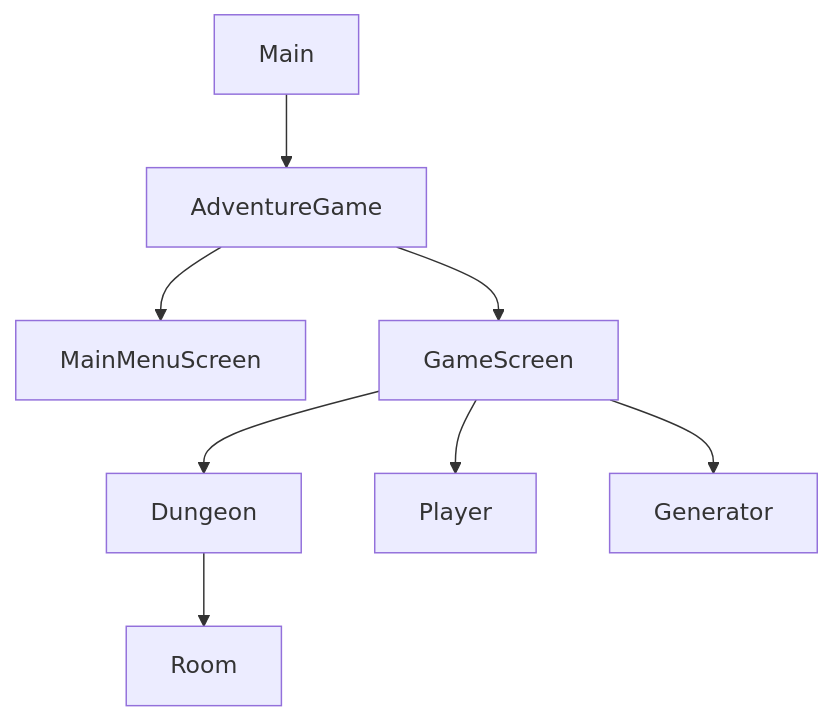
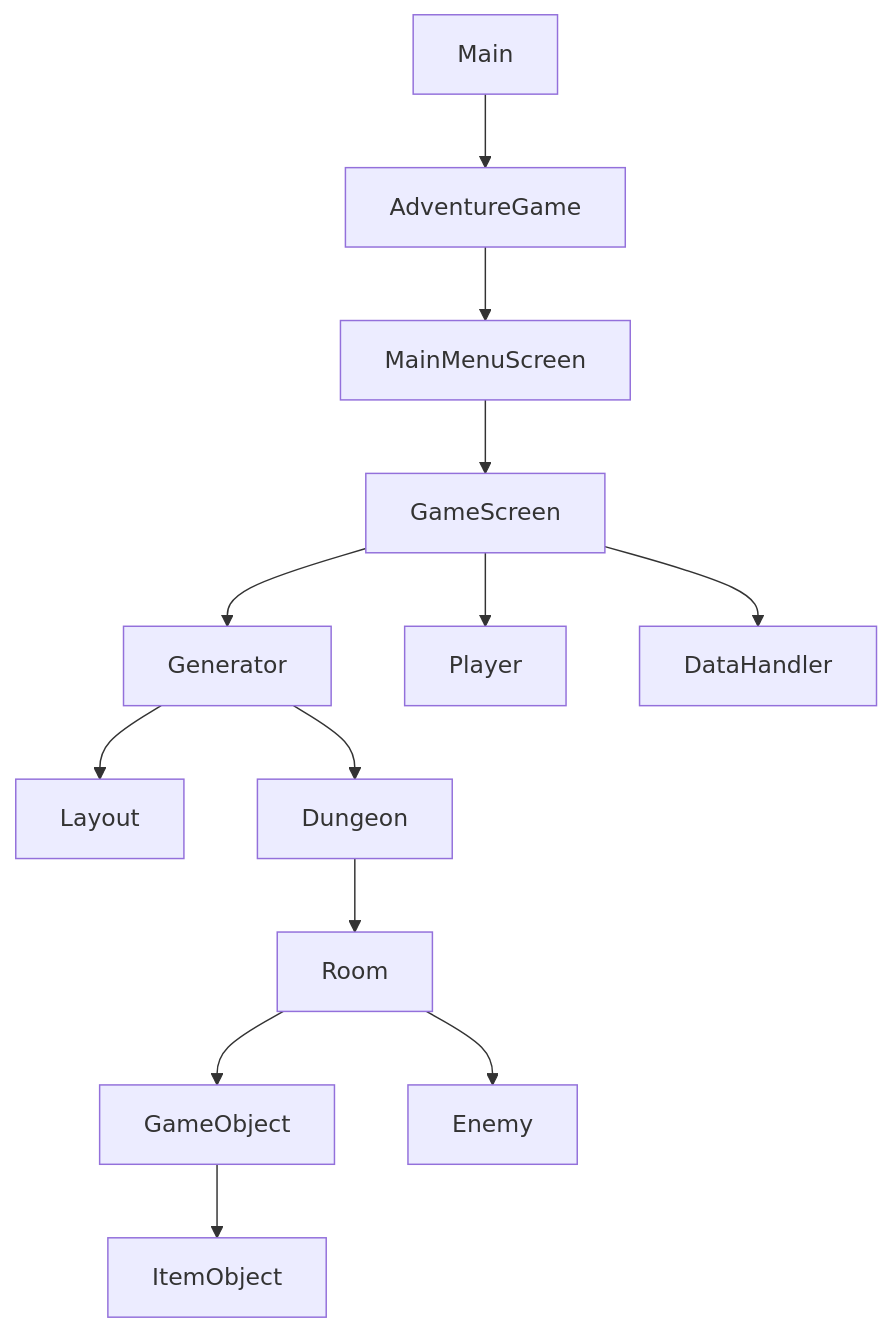
The diagram in README.md (RealMyrdn/adventure_maven), drawn with Mermaid before and after one commit. The commit also changed other lines of this file, not shown here.

````diff
--- a/README.md
+++ b/README.md
@@ -7,10 +7,15 @@
 ```mermaid
 graph TD;
     Main-->AdventureGame;
     AdventureGame-->MainMenuScreen;
-    AdventureGame-->GameScreen;
-    GameScreen-->Dungeon;
+    MainMenuScreen-->GameScreen;
+    GameScreen-->Generator;
     GameScreen-->Player;
-    GameScreen-->Generator;
-    Dungeon-->Room
+    GameScreen-->DataHandler;
+    Generator-->Layout;
+    Generator-->Dungeon;
+    Dungeon-->Room;
+    Room-->GameObject;
+    Room-->Enemy;
+    GameObject-->ItemObject;
 ```
````
